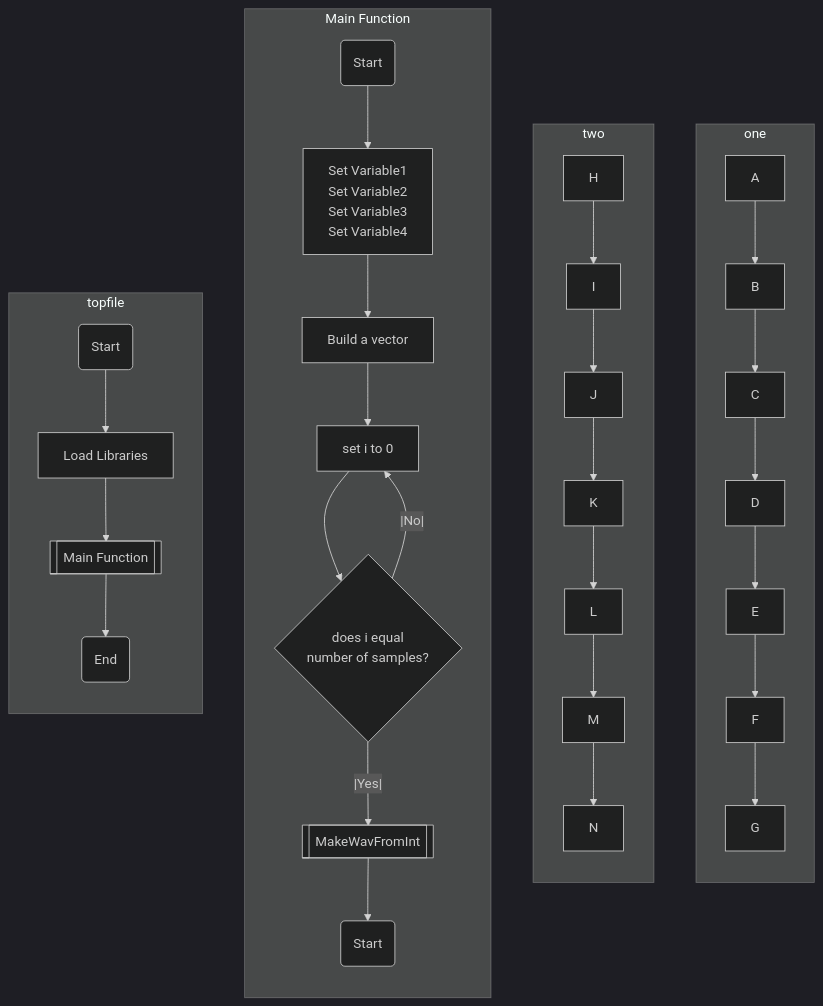
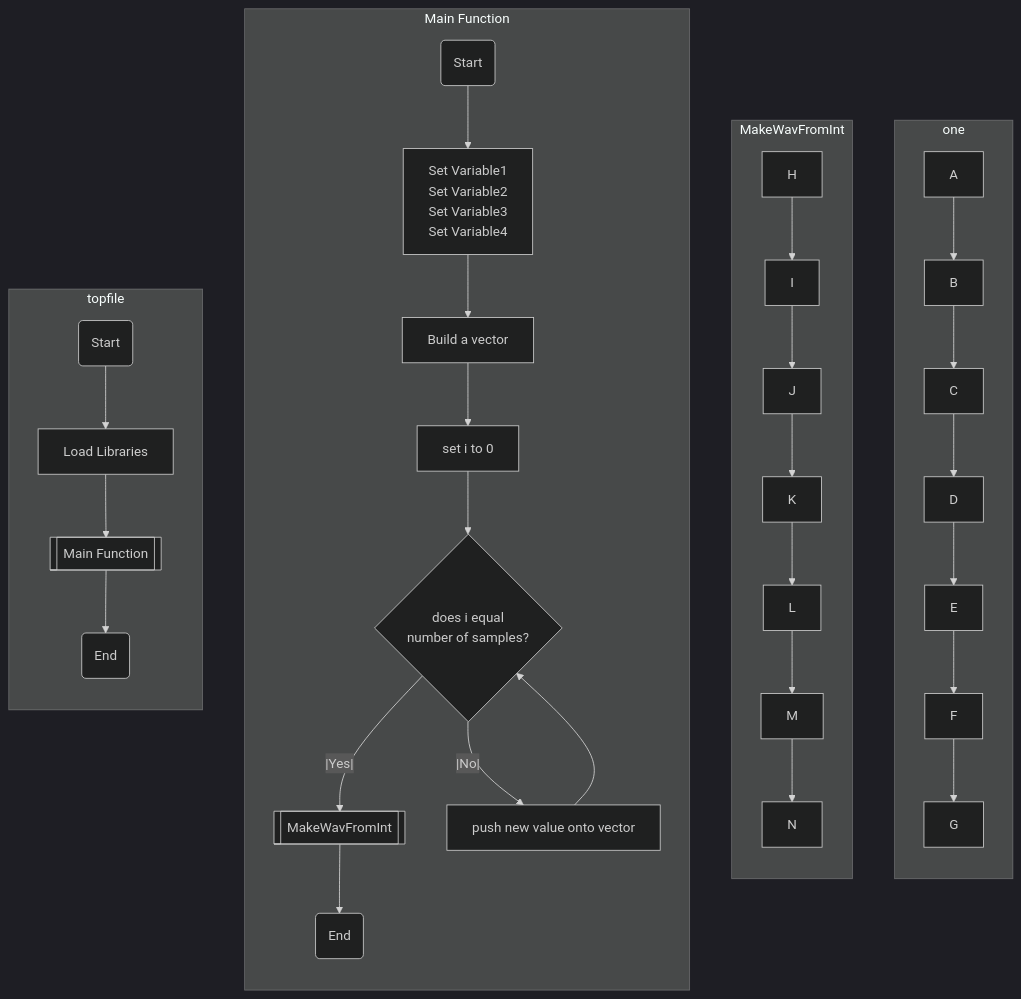
The diagram in project01FlowchartCore.md (brolonium210/ENGR101_MD), drawn with Mermaid (dark theme) before and after one commit.

````diff
--- a/project01FlowchartCore.md
+++ b/project01FlowchartCore.md
@@ -1,44 +1,47 @@
 ```mermaid
 
 flowchart TB
 subgraph one
 direction TB
 A-->B
 B-->C
 C-->D
 D-->E
 E-->F
 F-->G
 end
-subgraph two
+subgraph MakeWavFromInt
 direction TB 
 H-->I
 I-->J
 J-->K
 K-->L
 L-->M
 M-->N
 end
+
 subgraph Main Function
 direction TB 
 O(Start)-->P
 P["Set Variable1
 Set Variable2
 Set Variable3
 Set Variable4"
 ]-->Q
 Q[Build a vector]-->RR
 RR[set i to 0]-->R
 R{"does i equal
 number of samples?"
 }--|Yes|-->S
-R--|No|-->RR
-S[[MakeWavFromInt]]-->T(Start)
+R--|No|-->SS
+SS["push new value onto vector"]-->R
+S[[MakeWavFromInt]]-->T(End)
 end
+
 subgraph topfile
 direction TB 
 V(Start)-->W[Load Libraries]
 W-->X[[Main Function]]
 X-->Y(End)
 end
 ```
````
